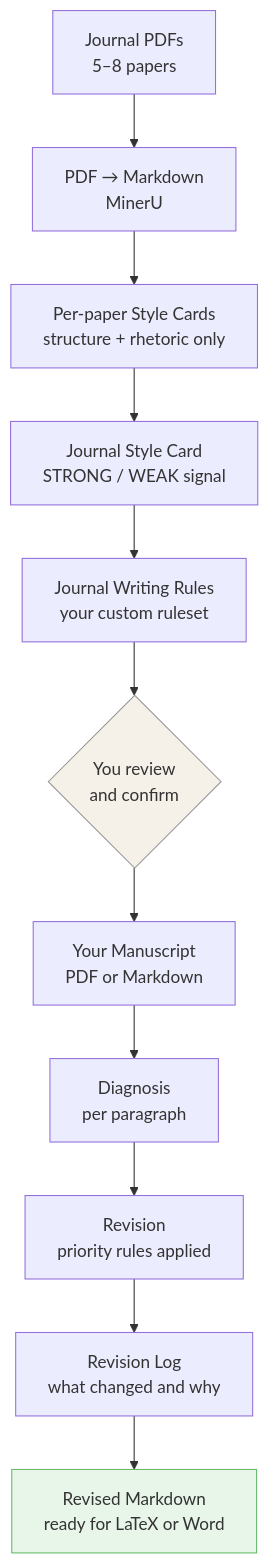
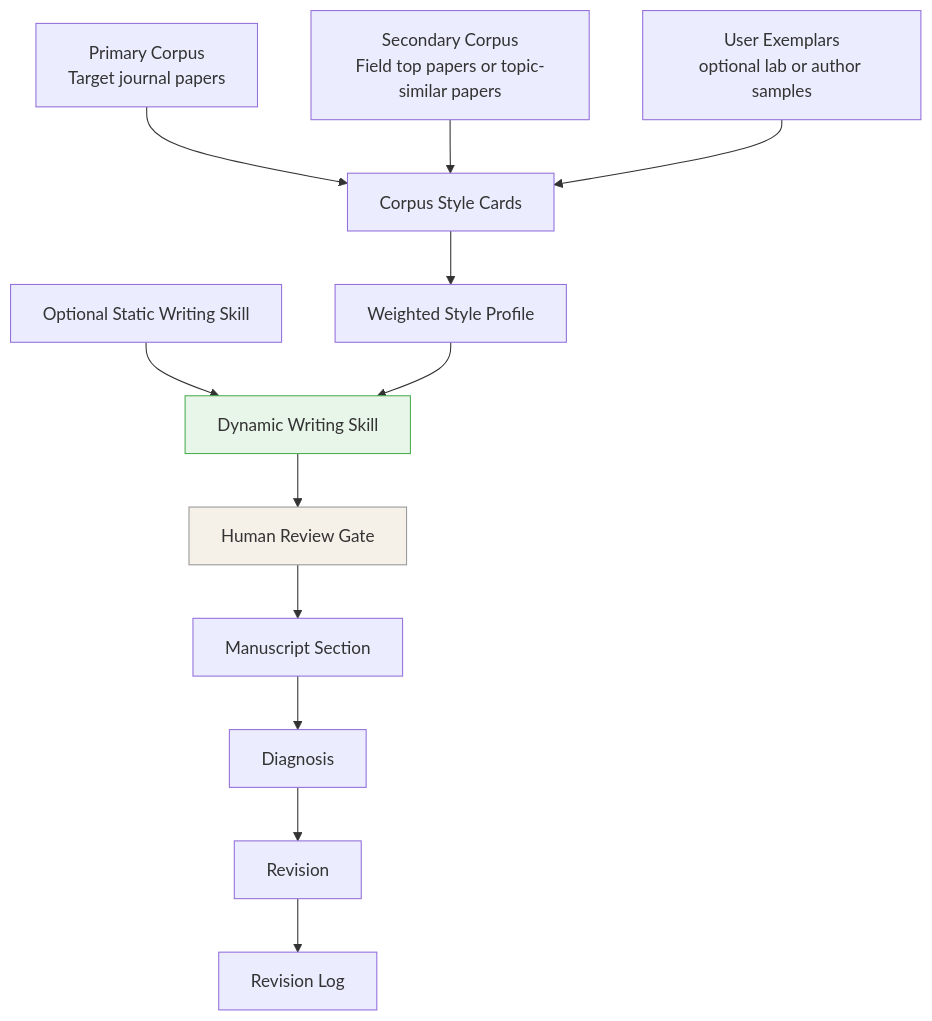
Before and after one commit to NancyShiRC/journal-adapt-docx: the diagram in README.md, drawn with Mermaid. The commit also changed other lines of this file and 32 other files, not shown here.

Commit message:
docs: introduce dynamic writing skill framework

````diff
--- a/README.md
+++ b/README.md
@@ -22,16 +20,17 @@
 ```mermaid
 flowchart TD
-    A[Journal PDFs\n5–8 papers] --> B[PDF → Markdown\nMinerU]
-    B --> C[Per-paper Style Cards\nstructure + rhetoric only]
-    C --> D[Journal Style Card\nSTRONG / WEAK signal]
-    D --> E[Journal Writing Rules\nyour custom ruleset]
-    E --> F{You review\nand confirm}
-    F --> G[Your Manuscript\nPDF or Markdown]
-    G --> H[Diagnosis\nper paragraph]
-    H --> I[Revision\npriority rules applied]
-    I --> J[Revision Log\nwhat changed and why]
-    J --> K[Revised Markdown\nready for LaTeX or Word]
+    A[Optional Static Writing Skill] --> D[Dynamic Writing Skill]
+    B[Primary Corpus\nTarget journal papers] --> C[Corpus Style Cards]
+    E[Secondary Corpus\nField top papers or topic-similar papers] --> C
+    F[User Exemplars\noptional lab or author samples] --> C
+    C --> G[Weighted Style Profile]
+    G --> D
+    D --> H[Human Review Gate]
+    H --> I[Manuscript Section]
+    I --> J[Diagnosis]
+    J --> K[Revision]
+    K --> L[Revision Log]
 
-    style F fill:#f5f0e8,stroke:#999
-    style K fill:#e8f5e9,stroke:#66bb6a
+    style D fill:#e8f5e9,stroke:#4caf50
+    style H fill:#f5f0e8,stroke:#999
 ```
````
